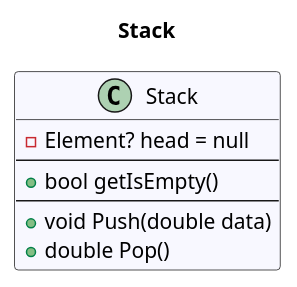
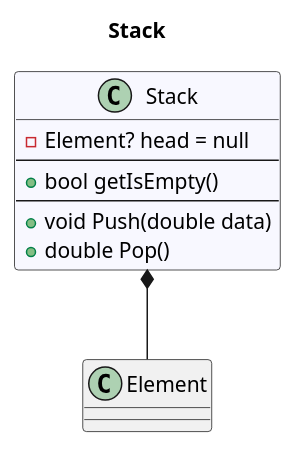
One commit to leoggehrer/2324-34_ABIF_ACIF_POSE changed the diagram in UPNCalculator.ConApp/diagrams/cd_Stack.puml. Above: the diagram before and after it, drawn with PlantUML. The commit also changed 37 other files, not shown here.

```diff
--- a/UPNCalculator.ConApp/diagrams/cd_Stack.puml
+++ b/UPNCalculator.ConApp/diagrams/cd_Stack.puml
@@ -1,11 +1,14 @@
 @startuml Stack
 title Stack
  class Stack #GhostWhite {
 - Element? head = null
 ---
 + bool getIsEmpty()
 ---
 + void Push(double data)
 + double Pop()
 }
+' CustomUML
+Stack *-- Element
+' CustomUML
 @enduml
```
